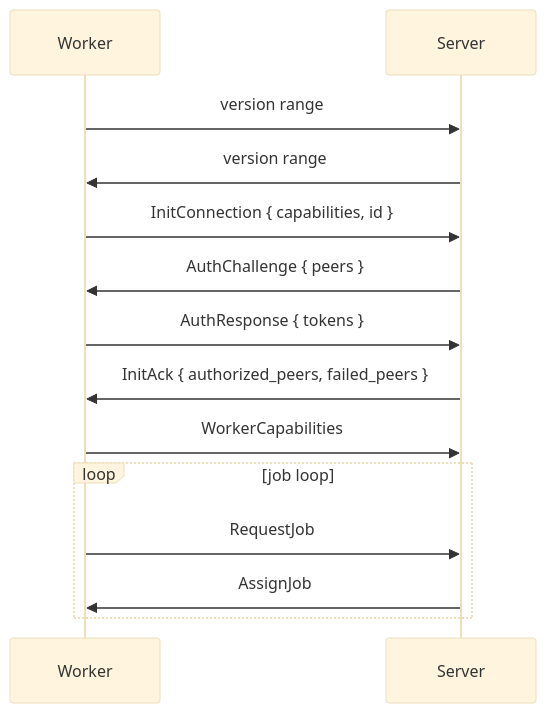
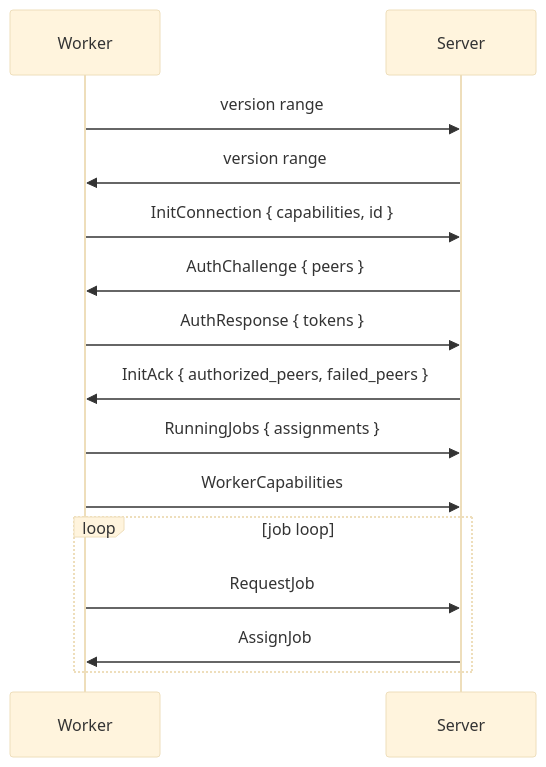
Before and after one commit to secbear/gradient: the first of 2 diagrams in docs/src/contributors/proto/connection.md, drawn with Mermaid (base theme). The commit also changed other lines of this file and 5 other files, not shown here.

````diff
--- a/docs/src/contributors/proto/connection.md
+++ b/docs/src/contributors/proto/connection.md
@@ -5,16 +5,17 @@
 ```mermaid
 sequenceDiagram
       participant W as Worker
       participant S as Server
       W->>S: version range
       S->>W: version range
       W->>S: InitConnection { capabilities, id }
       S->>W: AuthChallenge { peers }
       W->>S: AuthResponse { tokens }
       S->>W: InitAck { authorized_peers, failed_peers }
+      W->>S: RunningJobs { assignments }
       W->>S: WorkerCapabilities
       loop job loop
           W->>S: RequestJob
           S->>W: AssignJob
       end
 ```
````
